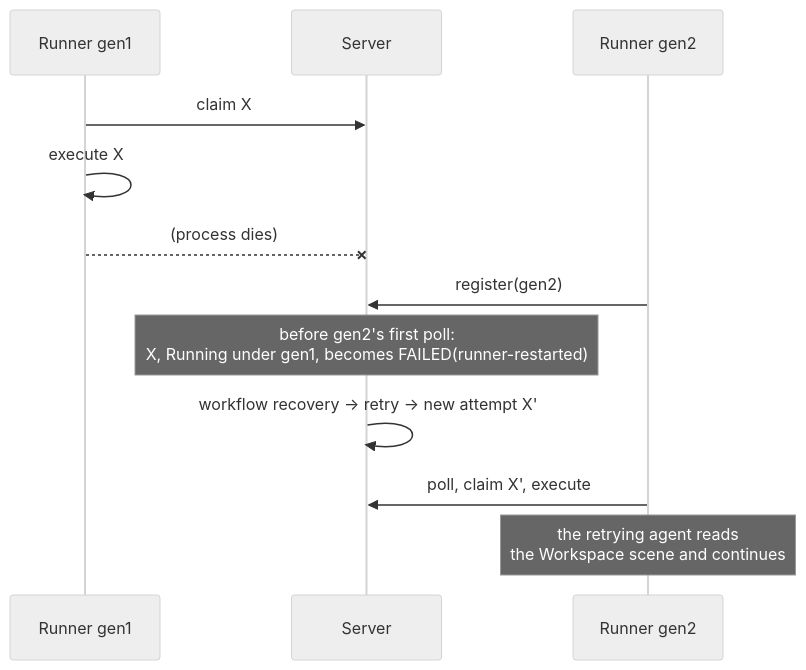
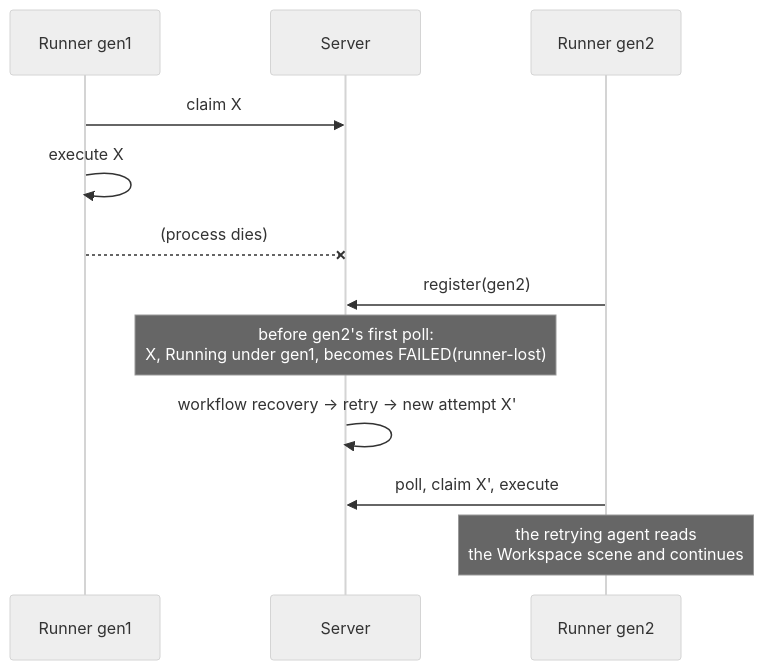
One commit to suraciii/mohist changed the seventh of 7 diagrams in design/runner.md. Above: the diagram before and after it, drawn with Mermaid (neutral theme). The commit also changed other lines of this file and 2 other files, not shown here.

Commit message:
docs(design): disambiguate generation names, unify runner-lost, split settle/closeout, restore deadline settlement

````diff
--- a/design/runner.md
+++ b/design/runner.md
@@ -290,14 +291,14 @@
 ```mermaid
 sequenceDiagram
     participant G1 as Runner gen1
     participant S as Server
     participant G2 as Runner gen2
     G1->>S: claim X
     G1->>G1: execute X
     G1--xS: (process dies)
     G2->>S: register(gen2)
-    Note over S: before gen2's first poll:<br/>X, Running under gen1, becomes FAILED(runner-restarted)
+    Note over S: before gen2's first poll:<br/>X, Running under gen1, becomes FAILED(runner-lost)
     S->>S: workflow recovery → retry → new attempt X'
     G2->>S: poll, claim X', execute
     Note over G2: the retrying agent reads<br/>the Workspace scene and continues
 ```
````
